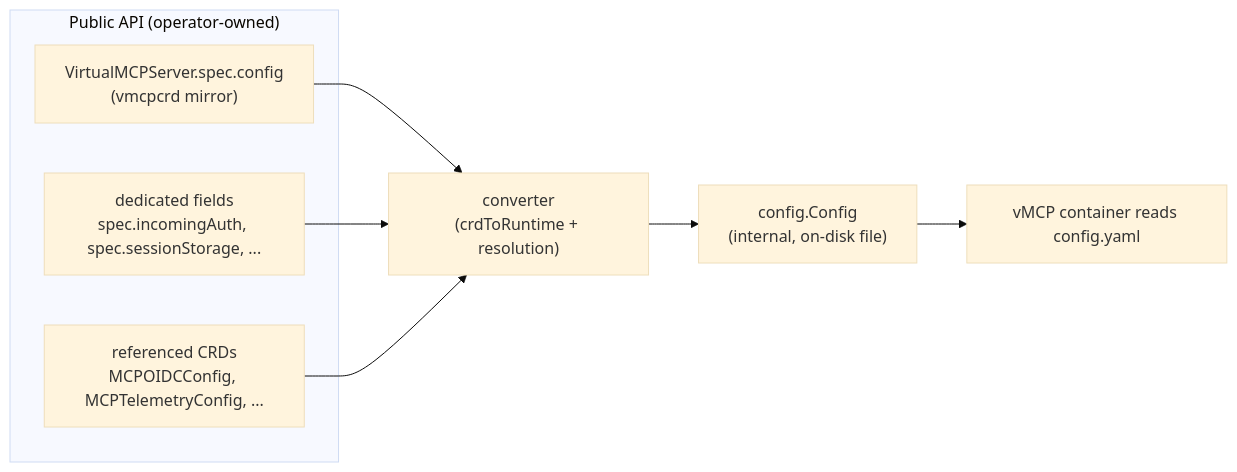
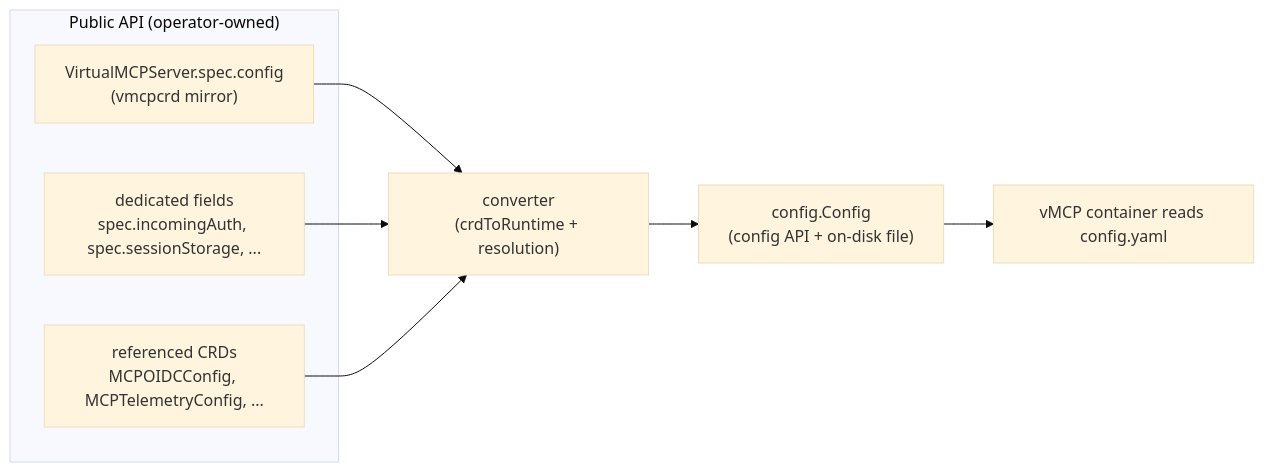
The diagram in rfcs/THV-0078-decouple-vmcp-config-from-crd.md (stacklok/toolhive-rfcs), drawn with Mermaid (base theme) before and after one commit. The commit also changed other lines of this file, not shown here.

First line of the commit message:
Reframe config.Config as a public config API, not "internal"

````diff
--- a/rfcs/THV-0078-decouple-vmcp-config-from-crd.md
+++ b/rfcs/THV-0078-decouple-vmcp-config-from-crd.md
@@ -123,13 +139,13 @@
 ```mermaid
 flowchart LR
     subgraph CRD["Public API (operator-owned)"]
       A["VirtualMCPServer.spec.config<br/>(vmcpcrd mirror)"]
       D["dedicated fields<br/>spec.incomingAuth, spec.sessionStorage, ..."]
       R["referenced CRDs<br/>MCPOIDCConfig, MCPTelemetryConfig, ..."]
     end
     A --> C["converter<br/>(crdToRuntime + resolution)"]
     D --> C
     R --> C
-    C --> F["config.Config<br/>(internal, on-disk file)"]
+    C --> F["config.Config<br/>(config API + on-disk file)"]
     F --> V["vMCP container reads config.yaml"]
 ```
````
